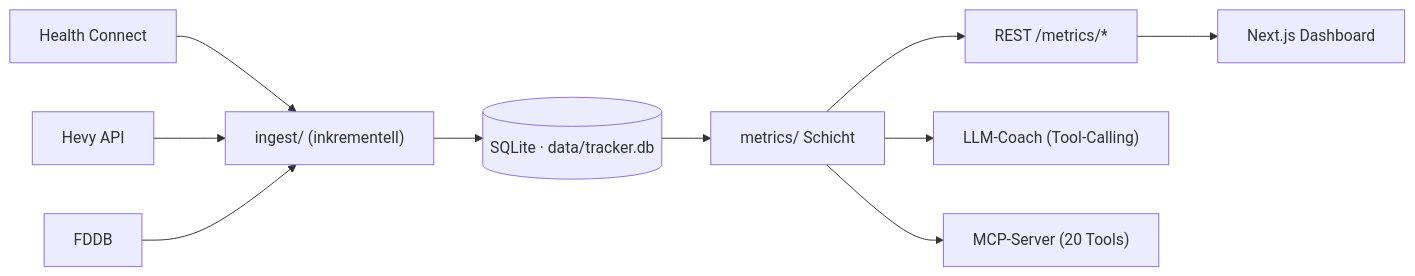
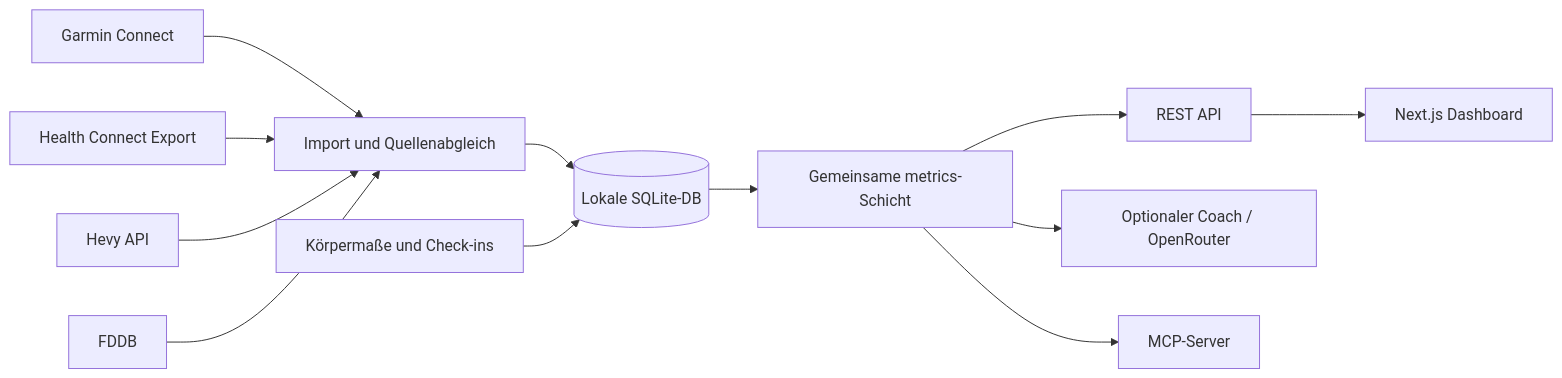
The diagram in README.md (interias/Milon), drawn with Mermaid before and after one commit. The commit also changed other lines of this file and 2 other files, not shown here.

Commit message:
Refresh README for Garmin integration and document researched next steps (#8)

````diff
--- a/README.md
+++ b/README.md
@@ -77,12 +212,14 @@
 ```mermaid
 flowchart LR
-  HC["Health Connect"] --> ING
+  GC["Garmin Connect"] --> ING
+  HC["Health Connect Export"] --> ING
   HV["Hevy API"] --> ING
   FD["FDDB"] --> ING
-  ING["ingest/ (inkrementell)"] --> DB[("SQLite · data/tracker.db")]
-  DB --> M["metrics/ Schicht"]
-  M --> REST["REST /metrics/*"]
-  M --> CO["LLM-Coach (Tool-Calling)"]
-  M --> MCP["MCP-Server (20 Tools)"]
+  ING["Import und Quellenabgleich"] --> DB[("Lokale SQLite-DB")]
+  MAN["Körpermaße und Check-ins"] --> DB
+  DB --> M["Gemeinsame metrics-Schicht"]
+  M --> REST["REST API"]
   REST --> UI["Next.js Dashboard"]
+  M --> CO["Optionaler Coach / OpenRouter"]
+  M --> MCP["MCP-Server"]
 ```
````
